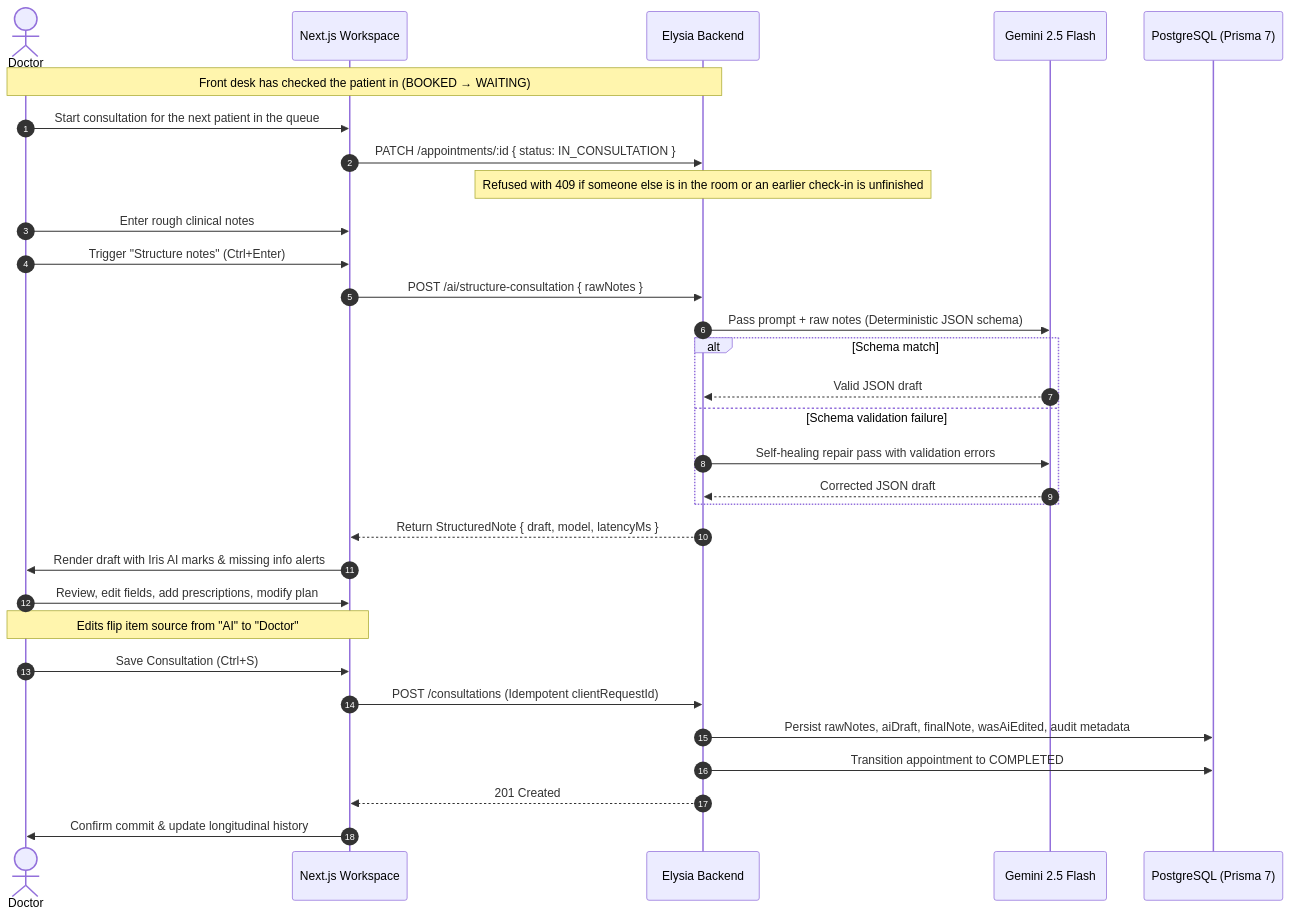
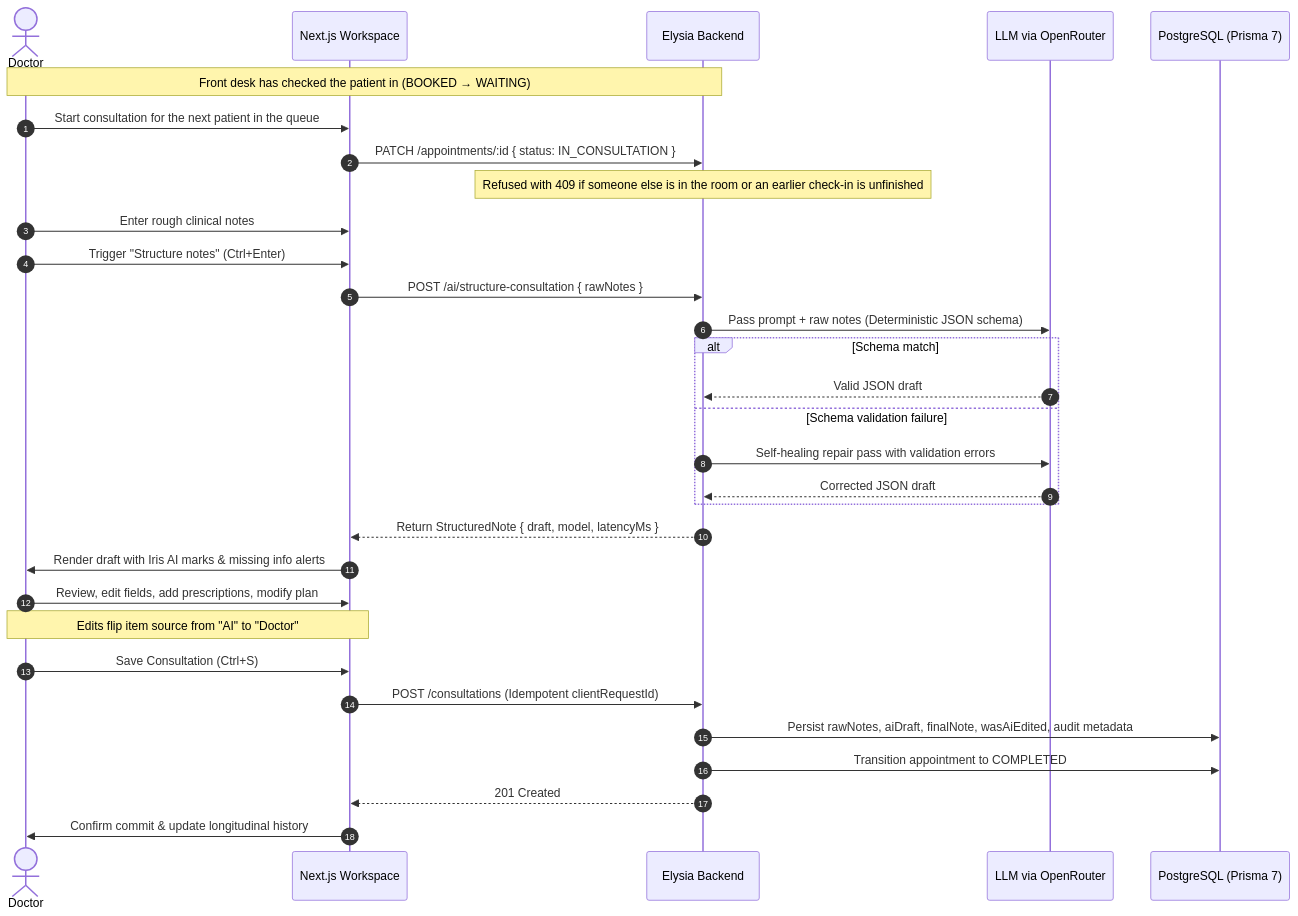
One commit to vivek1504/clinicOS changed the diagram in README.md. Above: the diagram before and after it, drawn with Mermaid. The commit also changed other lines of this file and 5 other files, not shown here.

````diff
--- a/README.md
+++ b/README.md
@@ -37,34 +37,34 @@
 ```mermaid
 sequenceDiagram
     autonumber
     actor Doctor
     participant UI as Next.js Workspace
     participant API as Elysia Backend
-    participant LLM as Gemini 2.5 Flash
+    participant LLM as LLM via OpenRouter
     participant DB as PostgreSQL (Prisma 7)
 
     Note over Doctor,API: Front desk has checked the patient in (BOOKED → WAITING)
     Doctor->>UI: Start consultation for the next patient in the queue
     UI->>API: PATCH /appointments/:id { status: IN_CONSULTATION }
     Note over API: Refused with 409 if someone else is in the room or an earlier check-in is unfinished
     Doctor->>UI: Enter rough clinical notes
     Doctor->>UI: Trigger "Structure notes" (Ctrl+Enter)
     UI->>API: POST /ai/structure-consultation { rawNotes }
     API->>LLM: Pass prompt + raw notes (Deterministic JSON schema)
     alt Schema match
         LLM-->>API: Valid JSON draft
     else Schema validation failure
         API->>LLM: Self-healing repair pass with validation errors
         LLM-->>API: Corrected JSON draft
     end
     API-->>UI: Return StructuredNote { draft, model, latencyMs }
     UI->>Doctor: Render draft with Iris AI marks & missing info alerts
     Doctor->>UI: Review, edit fields, add prescriptions, modify plan
     Note over UI,Doctor: Edits flip item source from "AI" to "Doctor"
     Doctor->>UI: Save Consultation (Ctrl+S)
     UI->>API: POST /consultations (Idempotent clientRequestId)
     API->>DB: Persist rawNotes, aiDraft, finalNote, wasAiEdited, audit metadata
     API->>DB: Transition appointment to COMPLETED
     API-->>UI: 201 Created
     UI->>Doctor: Confirm commit & update longitudinal history
 ```
````
